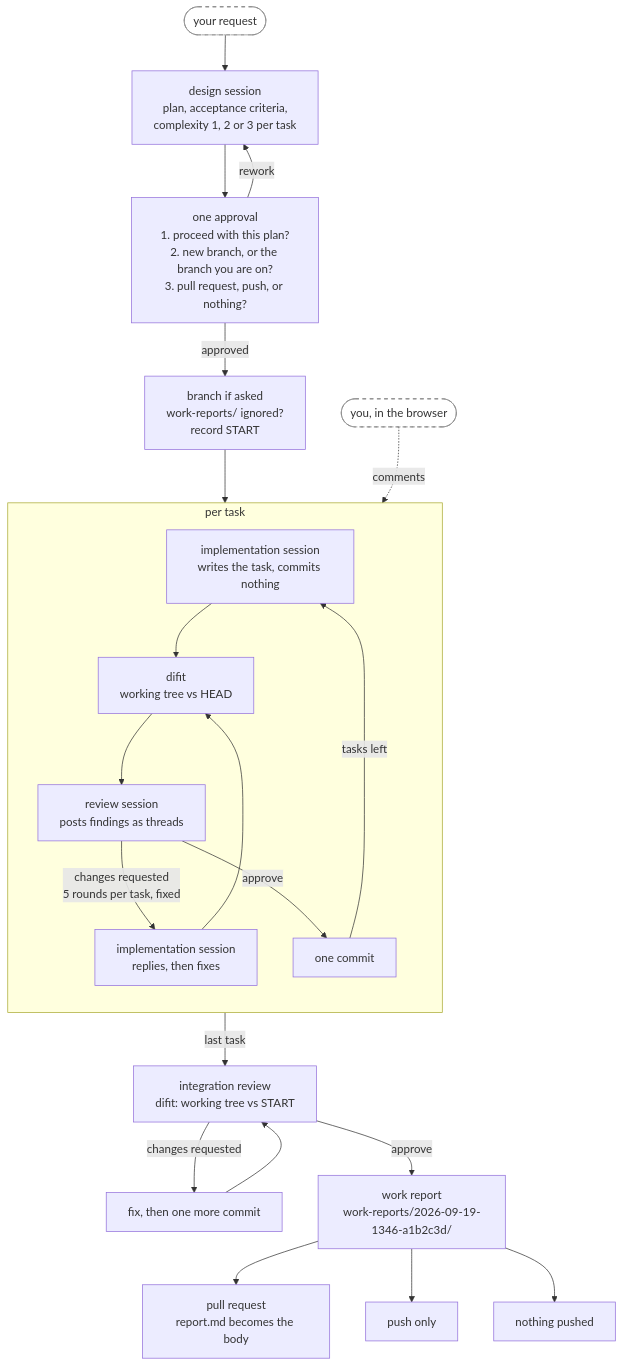
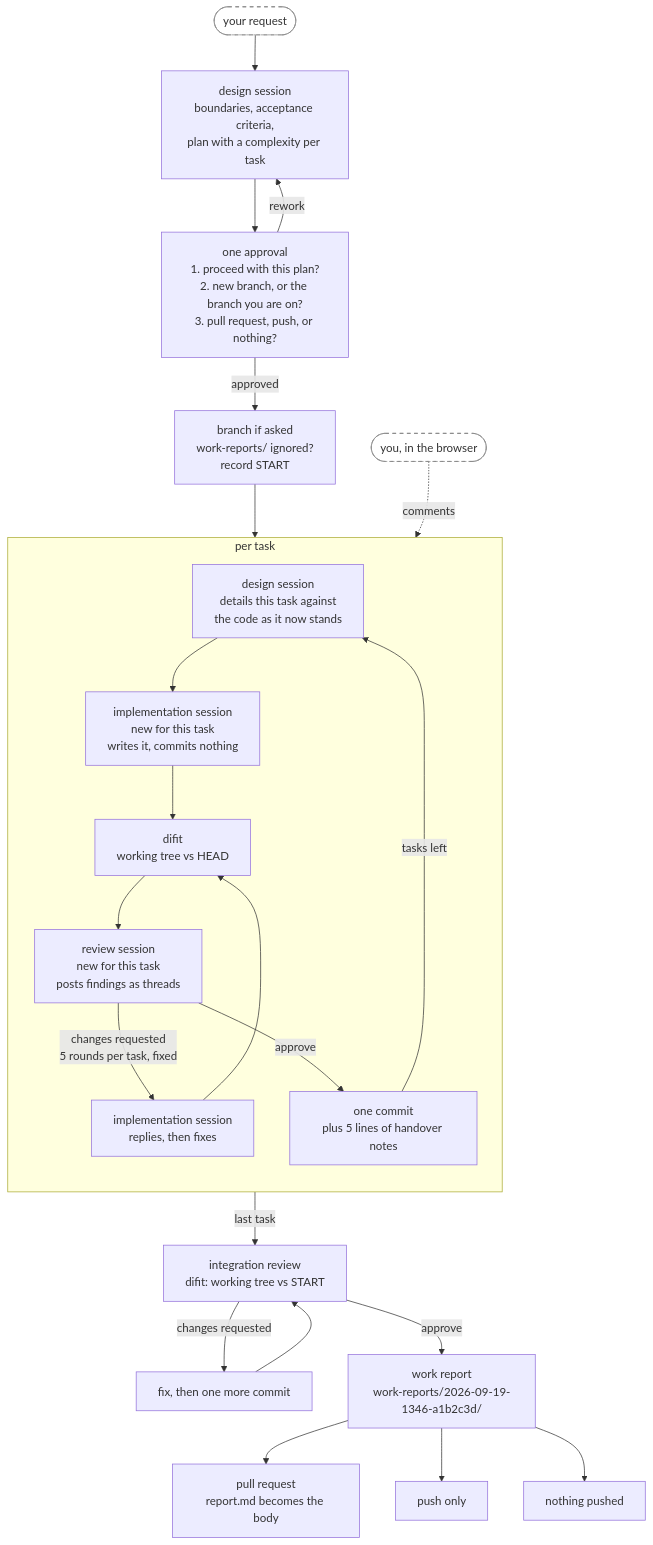
Before and after one commit to annetaan/claude-plugins: the first of 2 diagrams in plugins/annetaan/README.md, drawn with Mermaid. The commit also changed other lines of this file and 5 other files, not shown here.

First line of the commit message:
feat: recycle the workflow sessions per task, and detail a task before it runs (#2)

````diff
--- a/plugins/annetaan/README.md
+++ b/plugins/annetaan/README.md
@@ -32,35 +33,36 @@
 ```mermaid
 flowchart TD
-    req(["your request"]) --> design["design session<br/>plan, acceptance criteria,<br/>complexity 1, 2 or 3 per task"]
+    req(["your request"]) --> design["design session<br/>boundaries, acceptance criteria,<br/>plan with a complexity per task"]
     design --> ask["one approval<br/>1. proceed with this plan?<br/>2. new branch, or the branch you are on?<br/>3. pull request, push, or nothing?"]
     ask -->|rework| design
     ask -->|approved| setup["branch if asked<br/>work-reports/ ignored?<br/>record START"]
-    setup --> impl
+    setup --> detail
 
     subgraph task["per task"]
         direction TB
-        impl["implementation session<br/>writes the task, commits nothing"]
+        detail["design session<br/>details this task against<br/>the code as it now stands"]
+        impl["implementation session<br/>new for this task<br/>writes it, commits nothing"]
         difit["difit<br/>working tree vs HEAD"]
-        review["review session<br/>posts findings as threads"]
+        review["review session<br/>new for this task<br/>posts findings as threads"]
         respond["implementation session<br/>replies, then fixes"]
-        commit["one commit"]
-        impl --> difit --> review
+        commit["one commit<br/>plus 5 lines of handover notes"]
+        detail --> impl --> difit --> review
         review -->|"changes requested<br/>5 rounds per task, fixed"| respond
         respond --> difit
         review -->|approve| commit
-        commit -->|tasks left| impl
+        commit -->|tasks left| detail
     end
 
     commit -->|last task| integ["integration review<br/>difit: working tree vs START"]
     integ -->|changes requested| integfix["fix, then one more commit"]
     integfix --> integ
     integ -->|approve| report["work report<br/>work-reports/2026-09-19-1346-a1b2c3d/"]
     report --> pr["pull request<br/>report.md becomes the body"]
     report --> push["push only"]
     report --> local["nothing pushed"]
 
     you(["you, in the browser"]) -.->|comments| difit
 
     classDef human fill:#fff,stroke:#888,stroke-dasharray: 5 5
     class req,you human
 ```
````
